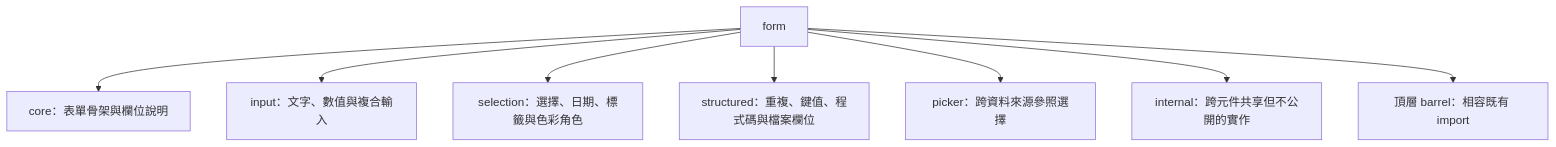
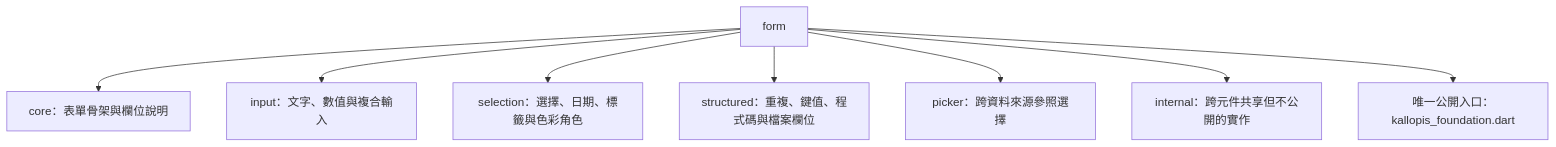
One commit to MiuDog/Kallopis changed the first of 2 diagrams in docs/guides/form-source-organization.md. Above: the diagram before and after it, drawn with Mermaid. The commit also changed other lines of this file and 3430 other files, not shown here.

````diff
--- a/docs/guides/form-source-organization.md
+++ b/docs/guides/form-source-organization.md
@@ -8,10 +8,10 @@
 ```mermaid
 flowchart TD
 	form["form"] --> core["core：表單骨架與欄位說明"]
 	form --> input["input：文字、數值與複合輸入"]
 	form --> selection["selection：選擇、日期、標籤與色彩角色"]
 	form --> structured["structured：重複、鍵值、程式碼與檔案欄位"]
 	form --> picker["picker：跨資料來源參照選擇"]
 	form --> internal["internal：跨元件共享但不公開的實作"]
-	form --> barrels["頂層 barrel：相容既有 import"]
+	form --> public["唯一公開入口：kallopis_foundation.dart"]
 ```
````
